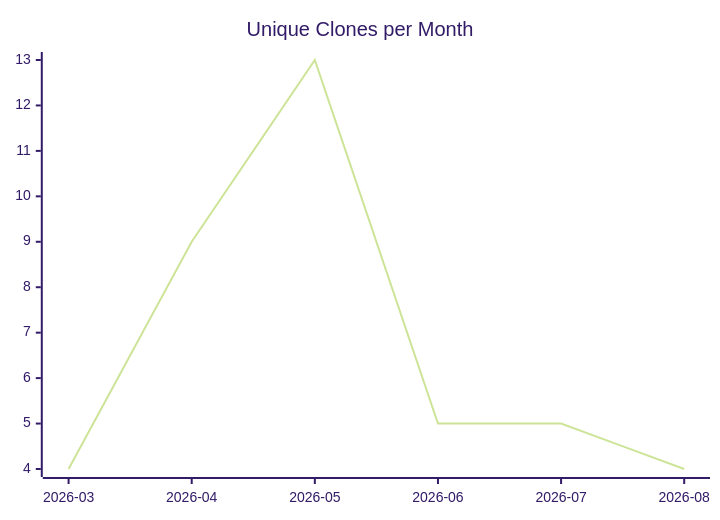
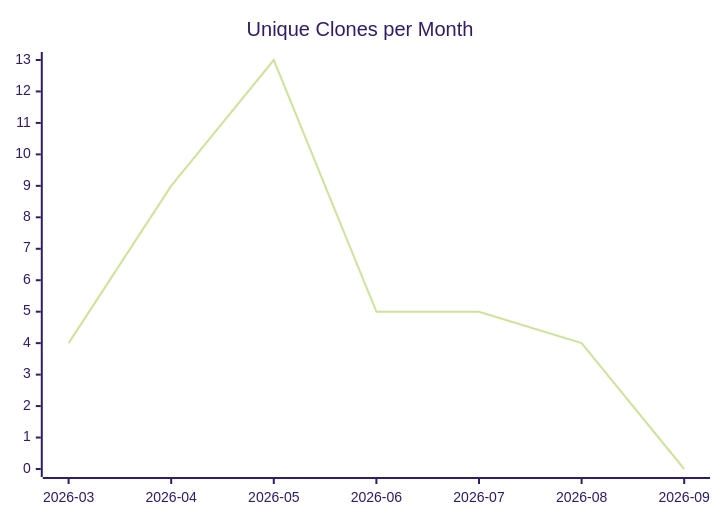
One commit to justdavis-family/github-analytics-data changed the third of 3 diagrams in karlmdavis/justdavis-puppet/README.md. Above: the diagram before and after it, drawn with Mermaid (forest theme). The commit also changed other lines of this file and 191 other files, not shown here.

````diff
--- a/karlmdavis/justdavis-puppet/README.md
+++ b/karlmdavis/justdavis-puppet/README.md
@@ -19,6 +19,6 @@
 ```mermaid
 xychart-beta
   title "Unique Clones per Month"
-  x-axis ["2026-03", "2026-04", "2026-05", "2026-06", "2026-07", "2026-08"]
-  line [4, 9, 13, 5, 5, 4]
+  x-axis ["2026-03", "2026-04", "2026-05", "2026-06", "2026-07", "2026-08", "2026-09"]
+  line [4, 9, 13, 5, 5, 4, 0]
 ```
````
